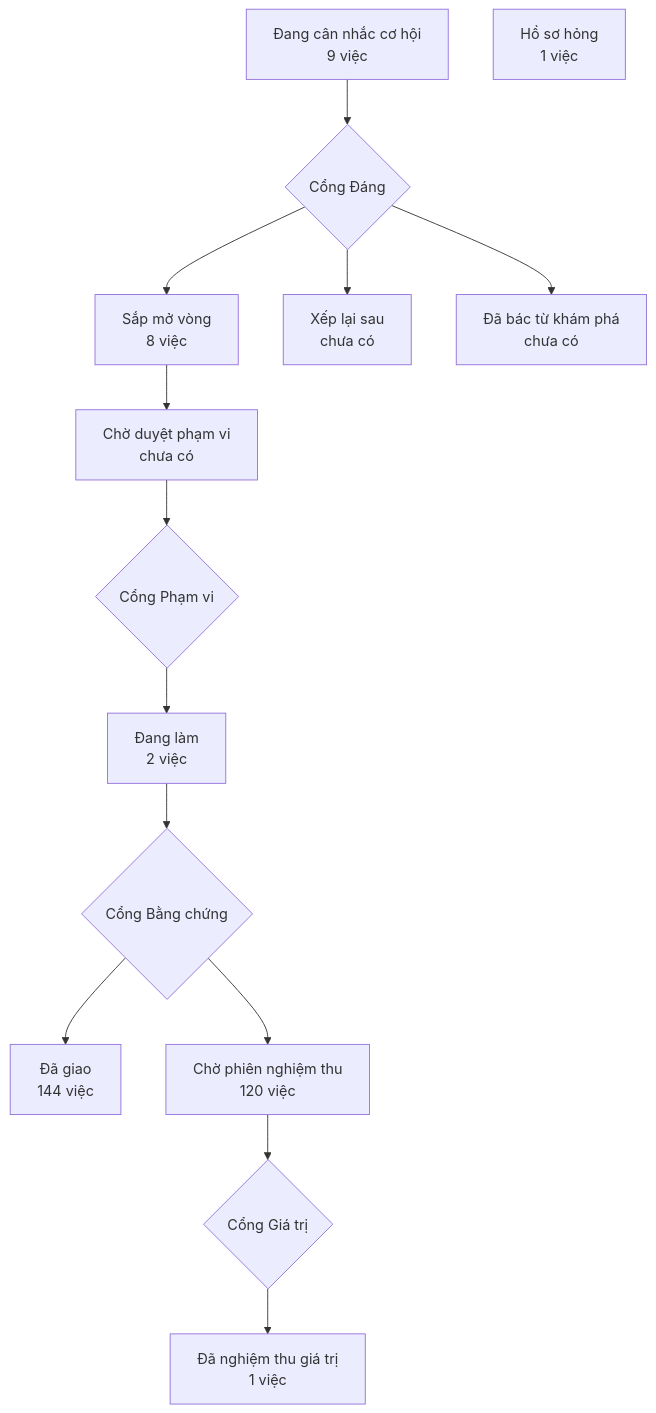
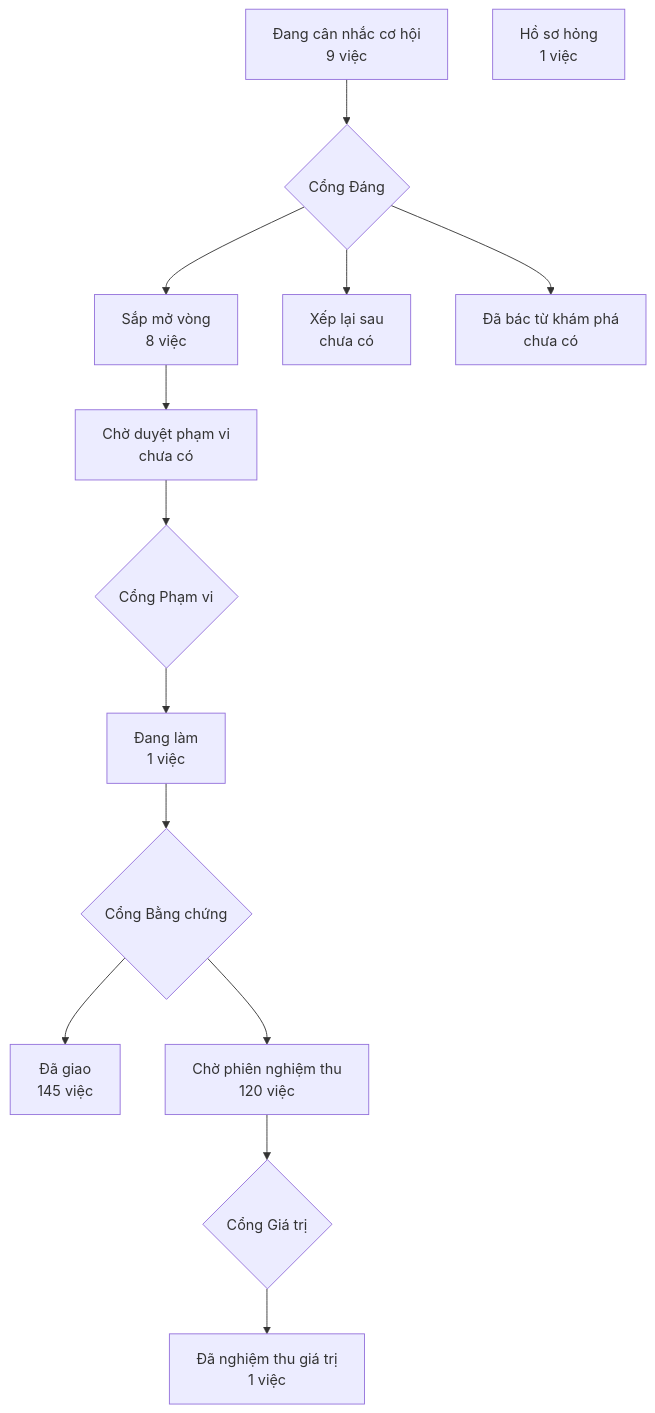
The diagram in PRODUCT-MAP.md (phanlemanh/crm-onehub), drawn with Mermaid before and after one commit. The commit also changed 4 other files, not shown here.

````diff
--- a/PRODUCT-MAP.md
+++ b/PRODUCT-MAP.md
@@ -7,13 +7,13 @@
 ```mermaid
 flowchart TD
   A["Đang cân nhắc cơ hội<br/>9 việc"] --> GD{"Cổng Đáng"}
   GD --> B["Sắp mở vòng<br/>8 việc"]
   GD --> XL["Xếp lại sau<br/>chưa có"]
   GD --> DB["Đã bác từ khám phá<br/>chưa có"]
   B --> CD["Chờ duyệt phạm vi<br/>chưa có"] --> GP{"Cổng Phạm vi"}
-  GP --> DL["Đang làm<br/>2 việc"] --> GB{"Cổng Bằng chứng"}
-  GB --> DG["Đã giao<br/>144 việc"]
+  GP --> DL["Đang làm<br/>1 việc"] --> GB{"Cổng Bằng chứng"}
+  GB --> DG["Đã giao<br/>145 việc"]
   GB --> CN["Chờ phiên nghiệm thu<br/>120 việc"] --> GG{"Cổng Giá trị"}
   GG --> NT["Đã nghiệm thu giá trị<br/>1 việc"]
   HS["Hồ sơ hỏng<br/>1 việc"]
 ```
````
